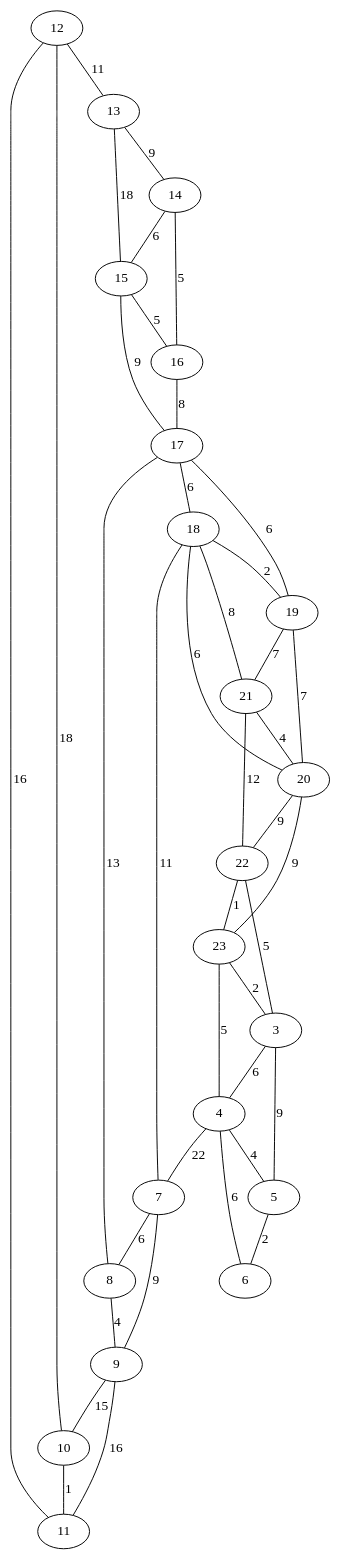
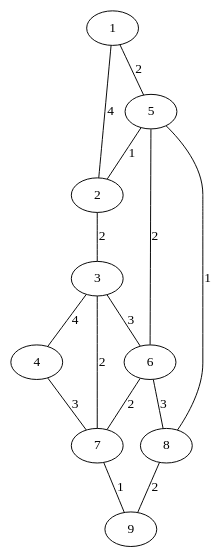
One commit to daniel41silva05/ISEP_2023_2024_LAPR2 changed the diagram in src/main/java/mdisc/input_grafo.dot. Above: the diagram before and after it, drawn with Graphviz. The commit also changed 469 other files, not shown here.

```diff
--- a/src/main/java/mdisc/input_grafo.dot
+++ b/src/main/java/mdisc/input_grafo.dot
@@ -1,41 +1,16 @@
 graph G {
-12 -- 10 [label="18"];
-12 -- 11 [label="16"];
-12 -- 13 [label="11"];
-13 -- 15 [label="18"];
-13 -- 14 [label="9"];
-14 -- 15 [label="6"];
-14 -- 16 [label="5"];
-15 -- 16 [label="5"];
-15 -- 17 [label="9"];
-16 -- 17 [label="8"];
-17 -- 18 [label="6"];
-17 -- 19 [label="6"];
-18 -- 19 [label="2"];
-18 -- 20 [label="6"];
-18 -- 21 [label="8"];
-19 -- 20 [label="7"];
-19 -- 21 [label="7"];
-21 -- 20 [label="4"];
-21 -- 22 [label="12"];
-20 -- 22 [label="9"];
-20 -- 23 [label="9"];
-22 -- 23 [label="1"];
-22 -- 3 [label="5"];
-23 -- 3 [label="2"];
-23 -- 4 [label="5"];
-3 -- 4 [label="6"];
-3 -- 5 [label="9"];
-4 -- 5 [label="4"];
+1 -- 2 [label="4"];
+1 -- 5 [label="2"];
+5 -- 2 [label="1"];
+2 -- 3 [label="2"];
+3 -- 6 [label="3"];
+3 -- 7 [label="2"];
+3 -- 4 [label="4"];
+4 -- 7 [label="3"];
 5 -- 6 [label="2"];
-6 -- 4 [label="6"];
-4 -- 7 [label="22"];
-7 -- 18 [label="11"];
-7 -- 8 [label="6"];
-7 -- 9 [label="9"];
-8 -- 17 [label="13"];
-8 -- 9 [label="4"];
-9 -- 10 [label="15"];
-9 -- 11 [label="16"];
-10 -- 11 [label="1"];
+5 -- 8 [label="1"];
+6 -- 7 [label="2"];
+6 -- 8 [label="3"];
+7 -- 9 [label="1"];
+8 -- 9 [label="2"];
 }
```
